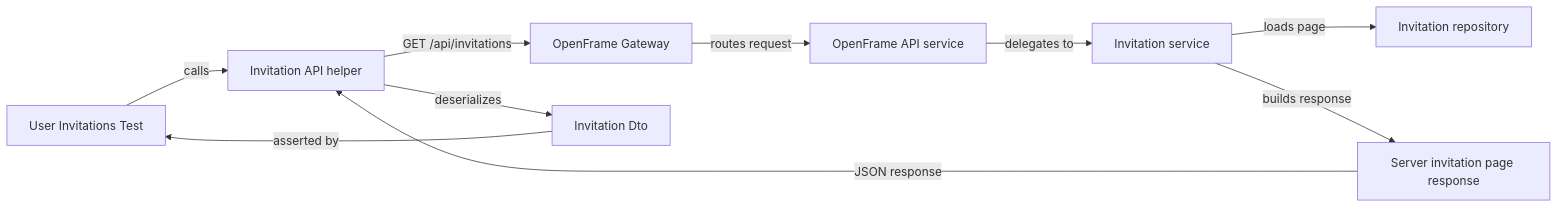
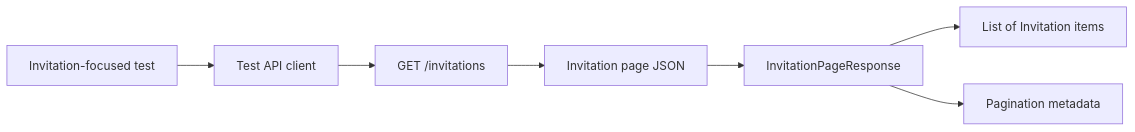
Before and after one commit to flamingo-stack/openframe-oss-tenant: the diagram in docs/diagrams/architecture/invitation-dto.mmd, drawn with Mermaid. The commit also changed 2377 other files, not shown here.

```diff
--- a/docs/diagrams/architecture/invitation-dto.mmd
+++ b/docs/diagrams/architecture/invitation-dto.mmd
@@ -1,10 +1,7 @@
 flowchart LR
-    TestCase["User Invitations Test"] -->|"calls"| ApiHelper["Invitation API helper"]
-    ApiHelper -->|"GET /api/invitations"| Gateway["OpenFrame Gateway"]
-    Gateway -->|"routes request"| ApiService["OpenFrame API service"]
-    ApiService -->|"delegates to"| InvitationService["Invitation service"]
-    InvitationService -->|"loads page"| Repository["Invitation repository"]
-    InvitationService -->|"builds response"| ServerPage["Server invitation page response"]
-    ServerPage -->|"JSON response"| ApiHelper
-    ApiHelper -->|"deserializes"| InvitationDto["Invitation Dto"]
-    InvitationDto -->|"asserted by"| TestCase
+    TestCase["Invitation-focused test"] --> ApiClient["Test API client"]
+    ApiClient --> Endpoint["GET /invitations"]
+    Endpoint --> Response["Invitation page JSON"]
+    Response --> Dto["InvitationPageResponse"]
+    Dto --> Items["List of Invitation items"]
+    Dto --> Metadata["Pagination metadata"]
```
